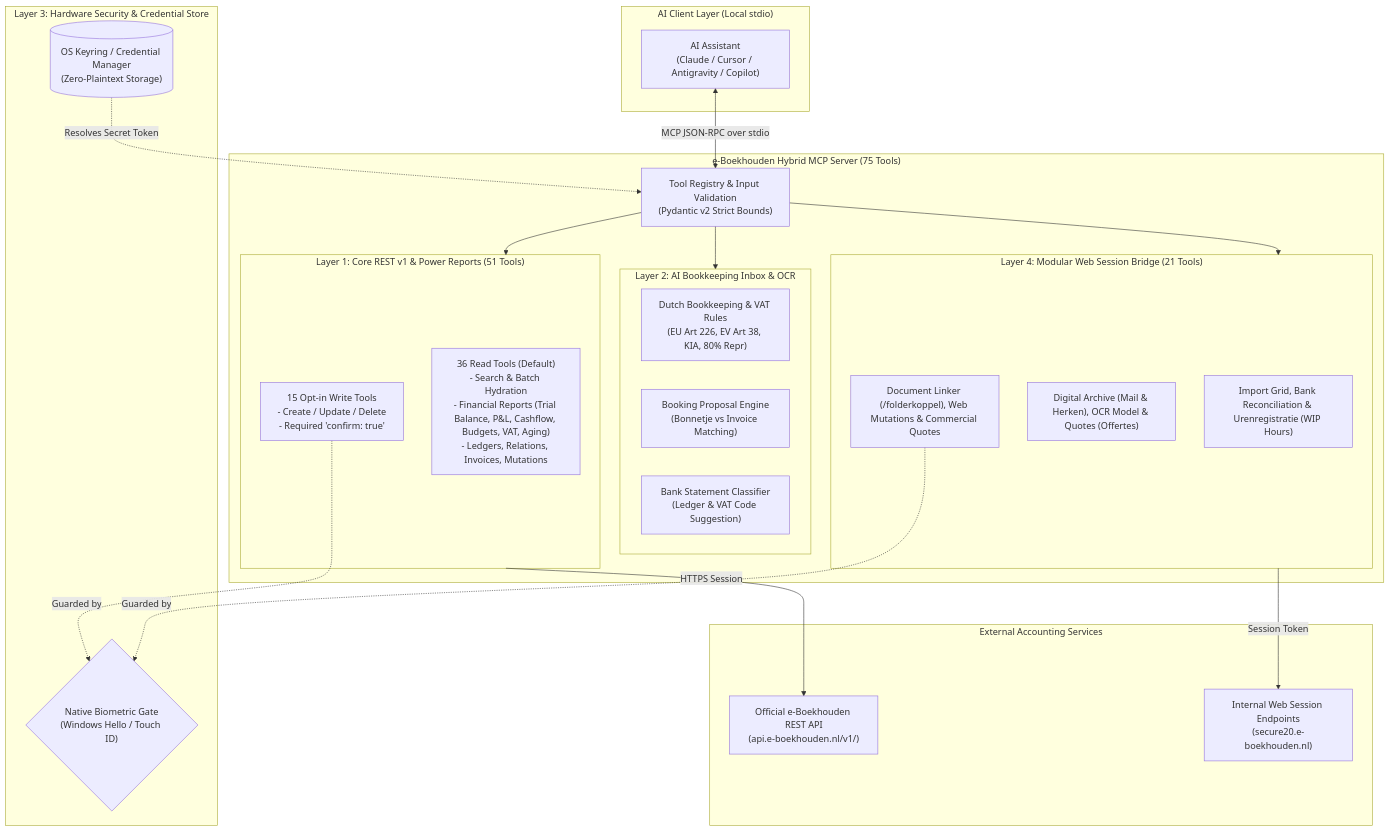
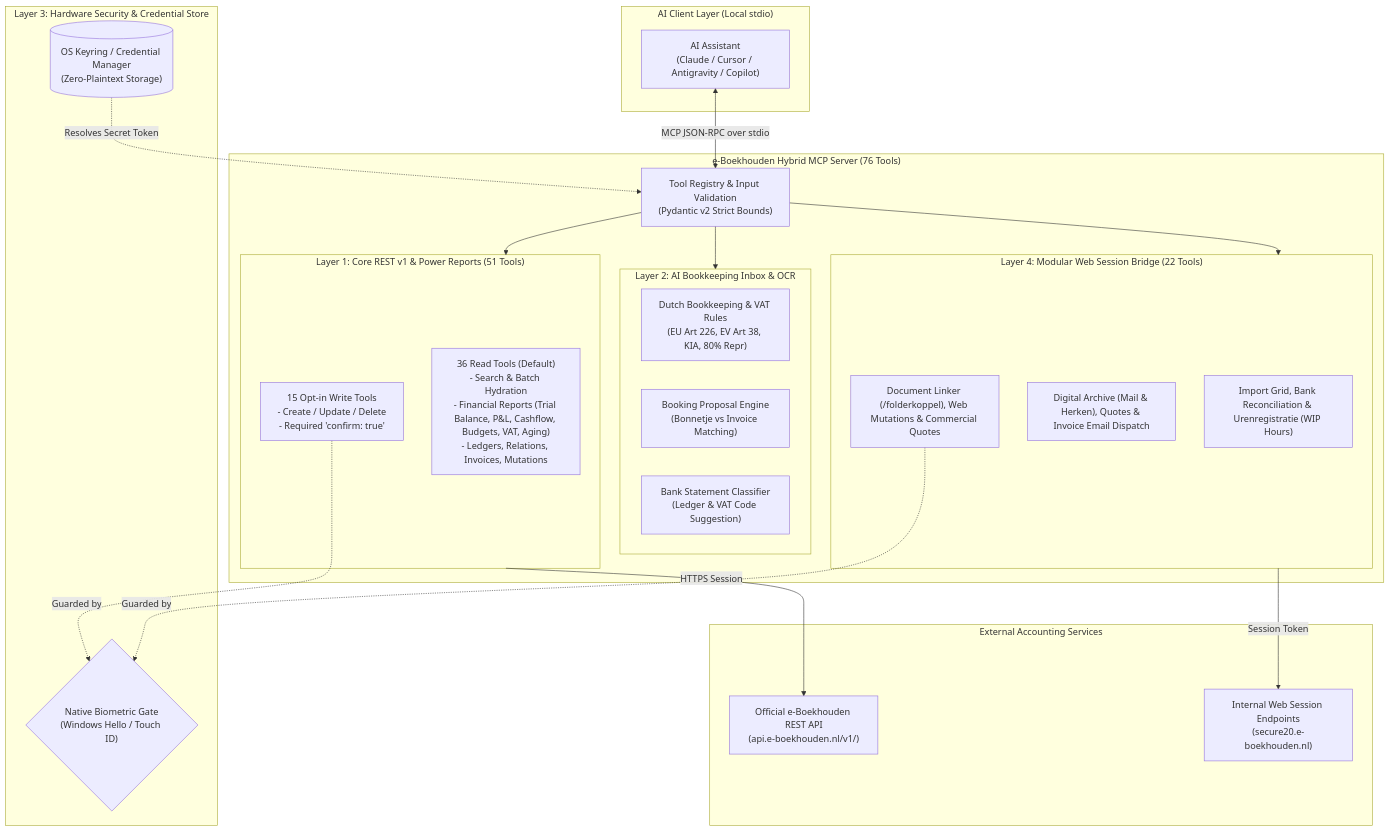
Before and after one commit to hemelbesem90s/e-Boekhouden-MCP: the diagram in README.md, drawn with Mermaid. The commit also changed other lines of this file and 14 other files, not shown here.

````diff
--- a/README.md
+++ b/README.md
@@ -43,47 +43,47 @@
 ```mermaid
 flowchart TD
     subgraph ClientLayer["AI Client Layer (Local stdio)"]
         AI["AI Assistant\n(Claude / Cursor / Antigravity / Copilot)"]
     end
 
     subgraph SecurityLayer["Layer 3: Hardware Security & Credential Store"]
         BioGate{"Native Biometric Gate\n(Windows Hello / Touch ID)"}
         KeyringStore[("OS Keyring / Credential Manager\n(Zero-Plaintext Storage)")]
     end
 
-    subgraph MCPServer["e-Boekhouden Hybrid MCP Server (75 Tools)"]
+    subgraph MCPServer["e-Boekhouden Hybrid MCP Server (76 Tools)"]
         Registry["Tool Registry & Input Validation\n(Pydantic v2 Strict Bounds)"]
         
         subgraph L1["Layer 1: Core REST v1 & Power Reports (51 Tools)"]
             RESTRead["36 Read Tools (Default)\n- Search & Batch Hydration\n- Financial Reports (Trial Balance, P&L, Cashflow, Budgets, VAT, Aging)\n- Ledgers, Relations, Invoices, Mutations"]
             RESTWrite["15 Opt-in Write Tools\n- Create / Update / Delete\n- Required 'confirm: true'"]
         end
 
         subgraph L2["Layer 2: AI Bookkeeping Inbox & OCR"]
             DutchRules["Dutch Bookkeeping & VAT Rules\n(EU Art 226, EV Art 38, KIA, 80% Repr)"]
             Proposal["Booking Proposal Engine\n(Bonnetje vs Invoice Matching)"]
             BankClassify["Bank Statement Classifier\n(Ledger & VAT Code Suggestion)"]
         end
 
-        subgraph L4["Layer 4: Modular Web Session Bridge (21 Tools)"]
+        subgraph L4["Layer 4: Modular Web Session Bridge (22 Tools)"]
             WebGrid["Import Grid, Bank Reconciliation & Urenregistratie (WIP Hours)"]
-            WebArchive["Digital Archive (Mail & Herken), OCR Model & Quotes (Offertes)"]
+            WebArchive["Digital Archive (Mail & Herken), Quotes & Invoice Email Dispatch"]
             WebAttach["Document Linker (/folderkoppel), Web Mutations & Commercial Quotes"]
         end
     end
 
     subgraph RemoteAPI["External Accounting Services"]
         OfficialAPI["Official e-Boekhouden REST API\n(api.e-boekhouden.nl/v1/)"]
         WebSession["Internal Web Session Endpoints\n(secure20.e-boekhouden.nl)"]
     end
 
     AI <-->|MCP JSON-RPC over stdio| Registry
     KeyringStore -.->|Resolves Secret Token| Registry
     Registry --> L1
     Registry --> L2
     Registry --> L4
     RESTWrite -.->|Guarded by| BioGate
     WebAttach -.->|Guarded by| BioGate
     L1 -->|HTTPS Session| OfficialAPI
     L4 -->|Session Token| WebSession
 ```
````
